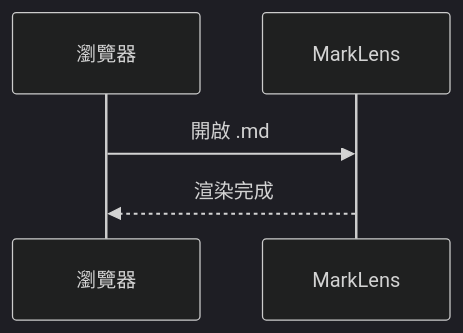
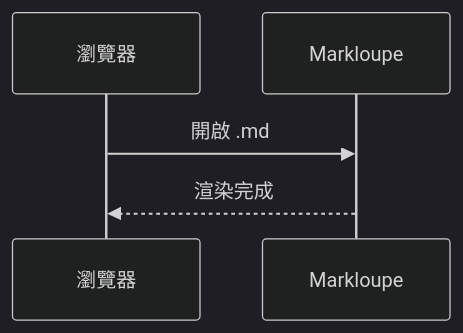
One commit to xjin9612/marklens changed the second of 3 diagrams in test/fixtures/mermaid.md. Above: the diagram before and after it, drawn with Mermaid (dark theme). The commit also changed 73 other files, not shown here.

````diff
--- a/test/fixtures/mermaid.md
+++ b/test/fixtures/mermaid.md
@@ -12,5 +12,5 @@
 ```mermaid
 sequenceDiagram
-  瀏覽器->>MarkLens: 開啟 .md
-  MarkLens-->>瀏覽器: 渲染完成
+  瀏覽器->>Markloupe: 開啟 .md
+  Markloupe-->>瀏覽器: 渲染完成
 ```
````
